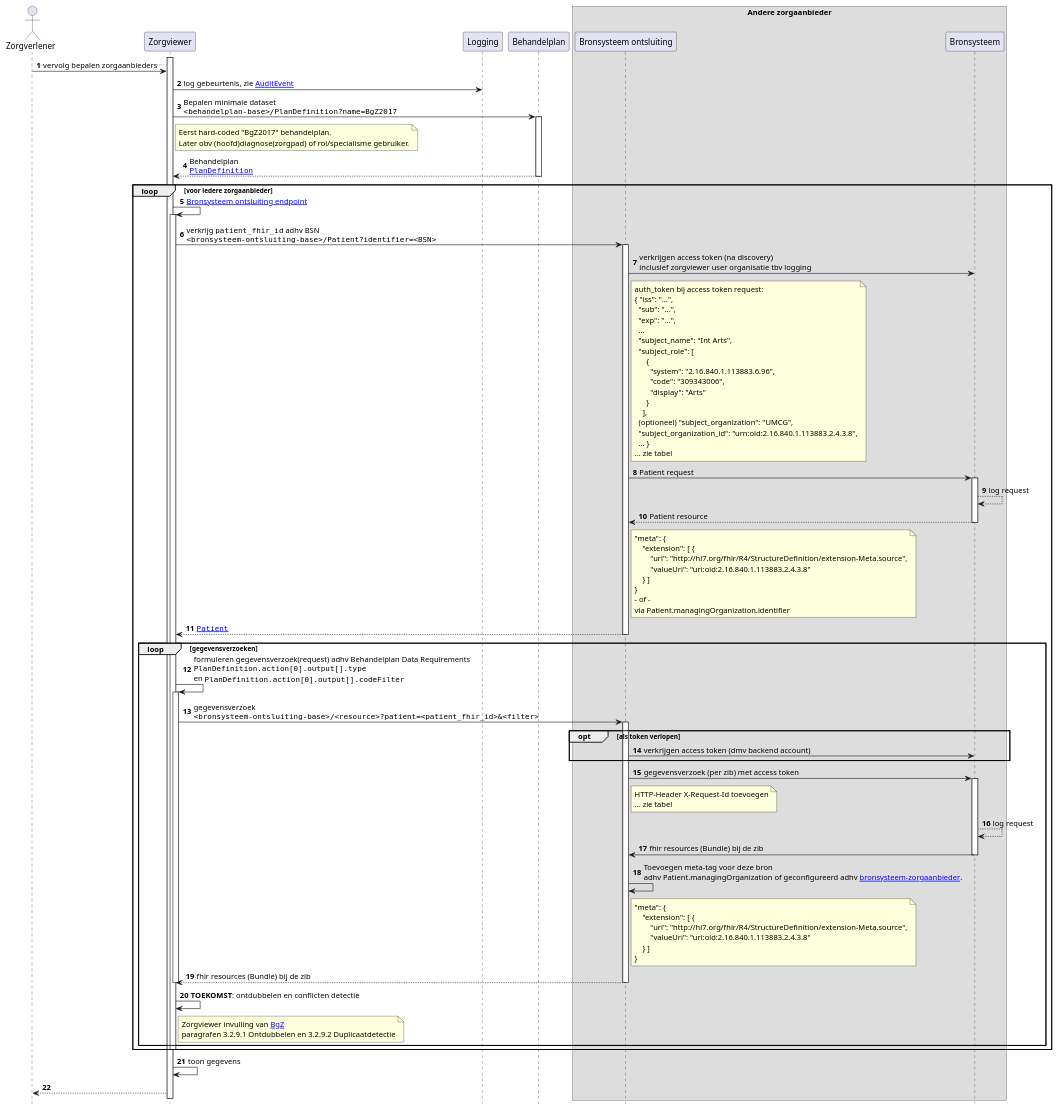
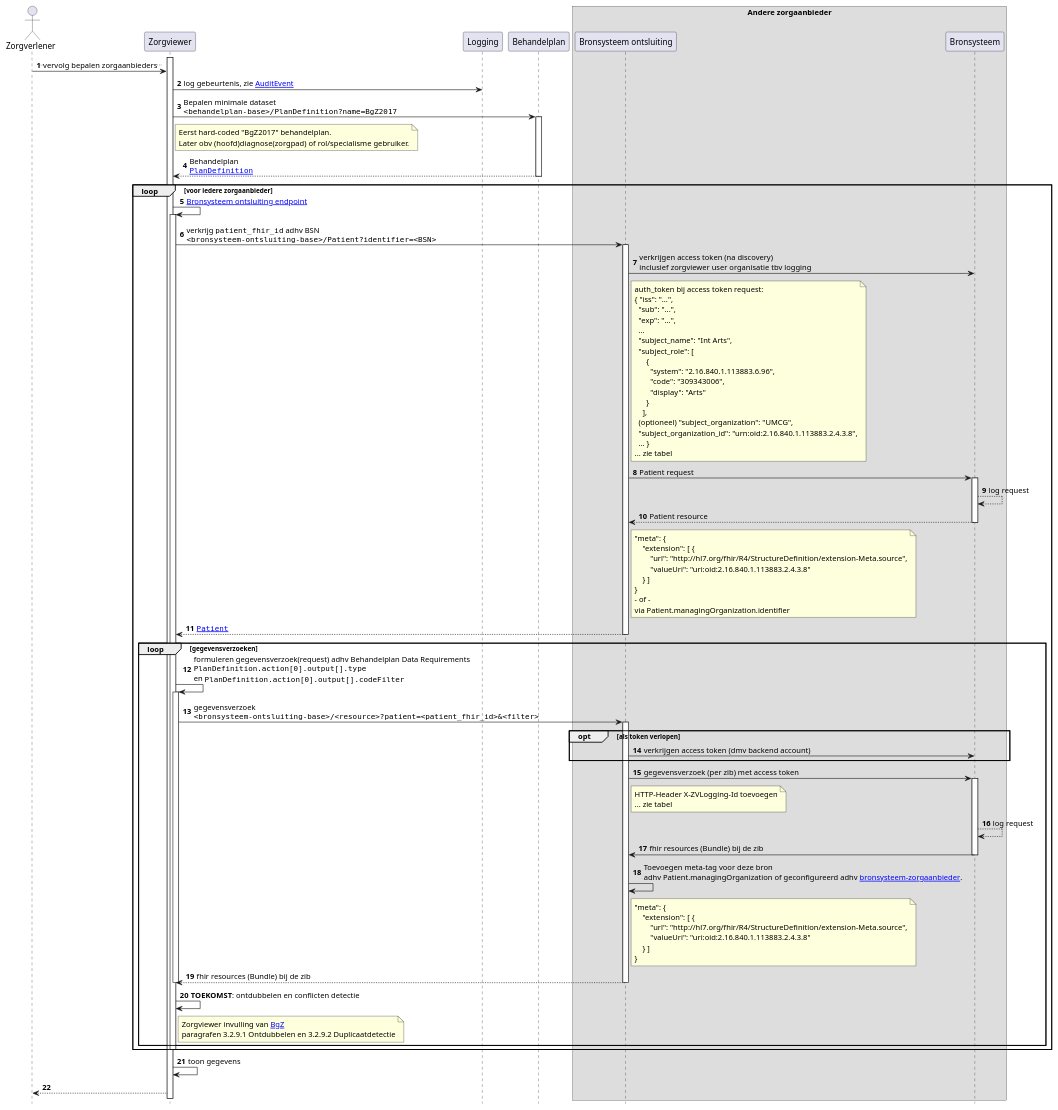
The diagram in input/images-source/Zorgviewer-seq-3.plantuml (RIVO-Noord/zorgviewer-ig), drawn with PlantUML before and after one commit. The commit also changed 1 other file, not shown here.

```diff
--- a/input/images-source/Zorgviewer-seq-3.plantuml
+++ b/input/images-source/Zorgviewer-seq-3.plantuml
@@ -1,108 +1,108 @@
 @startuml
 hide footbox
 autonumber
 
 actor Zorgverlener
 participant Zorgviewer
 participant Logging
 participant Behandelplan
 box "Andere zorgaanbieder"
 participant "Bronsysteem ontsluiting" as Bron
 participant Bronsysteem
 end box
 
 activate Zorgviewer
 Zorgverlener->Zorgviewer: ..vervolg bepalen zorgaanbieders..
 Zorgviewer->Logging: log gebeurtenis, zie [[StructureDefinition-AuditEvent.html AuditEvent]]
 Zorgviewer->Behandelplan: Bepalen minimale dataset\n""<behandelplan-base>/PlanDefinition?name=BgZ2017""
 note right Zorgviewer
   Eerst hard-coded "BgZ2017" behandelplan.
   Later obv (hoofd)diagnose(zorgpad) of rol/specialisme gebruiker.
 end note
 activate Behandelplan
 Behandelplan-->Zorgviewer: Behandelplan\n""[[StructureDefinition-PlanDefinition.html PlanDefinition]]""
 deactivate Behandelplan
 loop voor iedere zorgaanbieder
   Zorgviewer->Zorgviewer: [[Endpoint-UMCG.html Bronsysteem ontsluiting endpoint]]
   activate Zorgviewer
   Zorgviewer->Bron : verkrijg ""patient_fhir_id"" adhv BSN\n""<bronsysteem-ontsluiting-base>/Patient?identifier=<BSN>""
   activate Bron
   Bron->Bronsysteem : verkrijgen access token (na discovery)\ninclusief zorgviewer user organisatie tbv logging
   note right Bron
     auth_token bij access token request:
     { "iss": "...",
       "sub": "...",
       "exp": "...",
       ...
       "subject_name": "Int Arts",
       "subject_role": [ 
           { 
             "system": "2.16.840.1.113883.6.96", 
             "code": "309343006", 
             "display": "Arts" 
           } 
         ],
       (optioneel) "subject_organization": "UMCG",
       "subject_organization_id": "urn:oid:2.16.840.1.113883.2.4.3.8",
       ... }
     ... zie tabel
   end note
   Bron->Bronsysteem : Patient request
   activate Bronsysteem
   Bronsysteem-->Bronsysteem: log request
   Bronsysteem-->Bron : Patient resource
   note right Bron
 "meta": {
     "extension": [ {
         "url": "http://hl7.org/fhir/R4/StructureDefinition/extension-Meta.source",
         "valueUri": "uri:oid:2.16.840.1.113883.2.4.3.8"
     } ]
 }
 - of -
 via Patient.managingOrganization.identifier
   end note
   deactivate Bronsysteem
   Bron-->Zorgviewer : ""[[StructureDefinition-Patient.html Patient]]""
   deactivate Bron
   loop gegevensverzoeken
     Zorgviewer->Zorgviewer: formuleren gegevensverzoek(request) adhv Behandelplan Data Requirements\n""PlanDefinition.action[0].output[].type""\nen ""PlanDefinition.action[0].output[].codeFilter""
     activate Zorgviewer
     Zorgviewer->Bron: gegevensverzoek\n""<bronsysteem-ontsluiting-base>/<resource>?patient=<patient_fhir_id>&<filter>""
     activate Bron
     opt als token verlopen
       Bron->Bronsysteem : verkrijgen access token (dmv backend account)
     end opt
     Bron->Bronsysteem : gegevensverzoek (per zib) met access token
     note right Bron
-        HTTP-Header X-Request-Id toevoegen
+        HTTP-Header X-ZVLogging-Id toevoegen
         ... zie tabel
     end note
     activate Bronsysteem
     Bronsysteem-->Bronsysteem: log request
     Bronsysteem->Bron: fhir resources (Bundle) bij de zib
     deactivate Bronsysteem
     Bron->Bron: Toevoegen meta-tag voor deze bron\nadhv Patient.managingOrganization of geconfigureerd adhv [[CodeSystem-bronsysteem-zorgaanbieder.html bronsysteem-zorgaanbieder]].
     note right Bron
 "meta": {
     "extension": [ {
         "url": "http://hl7.org/fhir/R4/StructureDefinition/extension-Meta.source",
         "valueUri": "uri:oid:2.16.840.1.113883.2.4.3.8"
     } ]
 }
     end note
     Bron-->Zorgviewer: fhir resources (Bundle) bij de zib
     deactivate Bron
     deactivate Zorgviewer
     Zorgviewer->Zorgviewer: **TOEKOMST**: ontdubbelen en conflicten detectie
     note right of Zorgviewer
       Zorgviewer invulling van [[https://informatiestandaarden.nictiz.nl/wiki/BgZ:V1.0_BgZ_MSZ_Informatiestandaard BgZ]] 
       paragrafen 3.2.9.1 Ontdubbelen en 3.2.9.2 Duplicaatdetectie
     end note
   end
   deactivate Zorgviewer
 end
 
 Zorgviewer->Zorgviewer: toon gegevens
 Zorgviewer-->Zorgverlener
 
 @enduml
```
